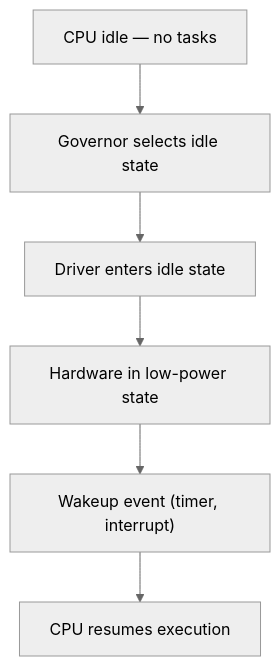
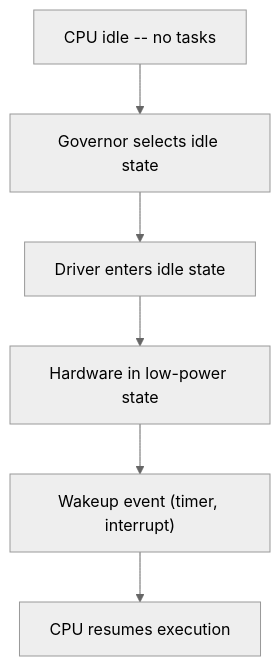
The third of 3 diagrams in src/performance/cpu.md (Abhinav-Kumar012/lb2), drawn with Mermaid (neutral theme) before and after one commit. The commit also changed 211 other files, not shown here.

First line of the commit message:
fix: mermaid syntax issues across 212 files

````diff
--- a/src/performance/cpu.md
+++ b/src/performance/cpu.md
@@ -612,8 +612,8 @@
 ```mermaid
 flowchart TD
-    A[CPU idle — no tasks] --> B[Governor selects idle state]
+    A[CPU idle -- no tasks] --> B[Governor selects idle state]
     B --> C[Driver enters idle state]
     C --> D[Hardware in low-power state]
     D --> E["Wakeup event (timer, interrupt)"]
     E --> F[CPU resumes execution]
 ```
````
